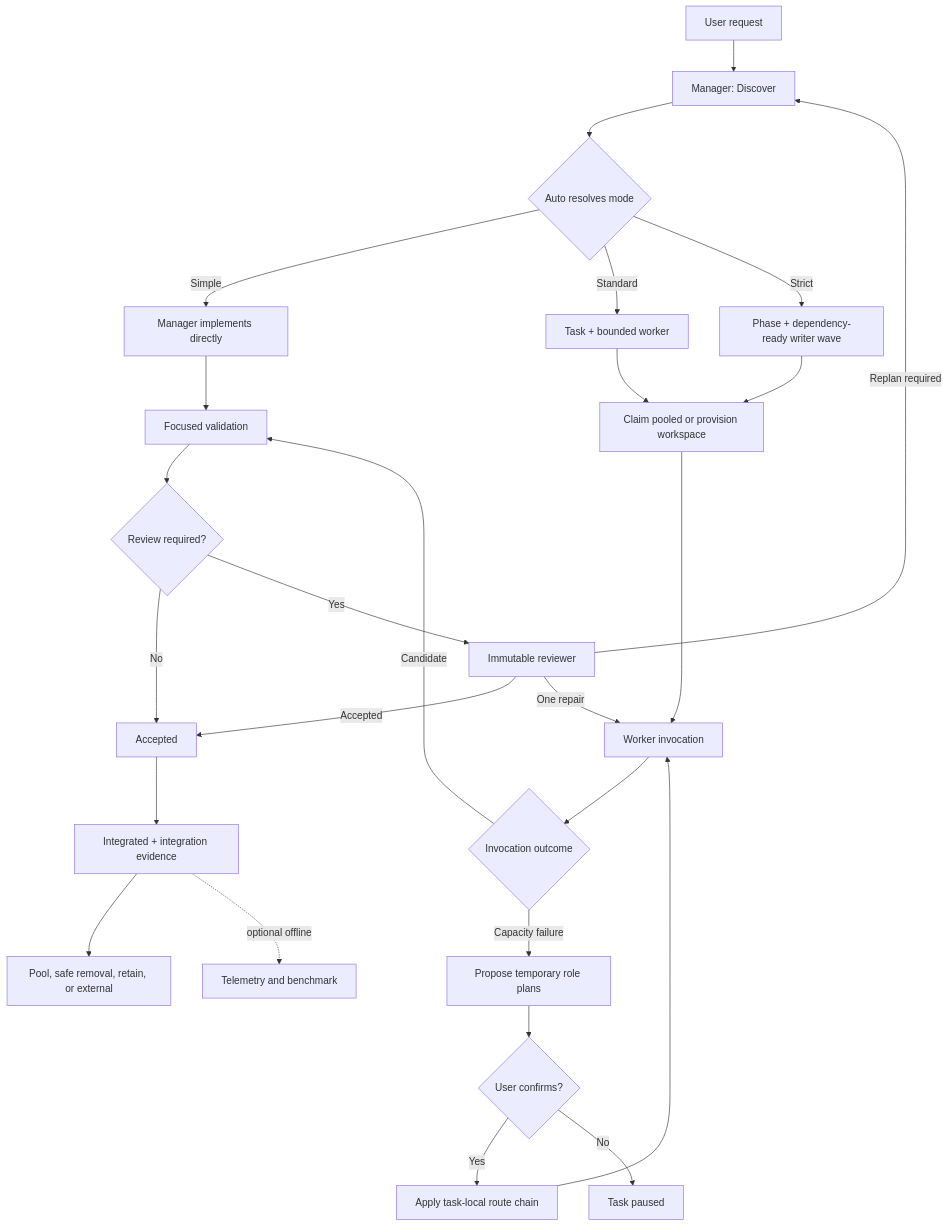
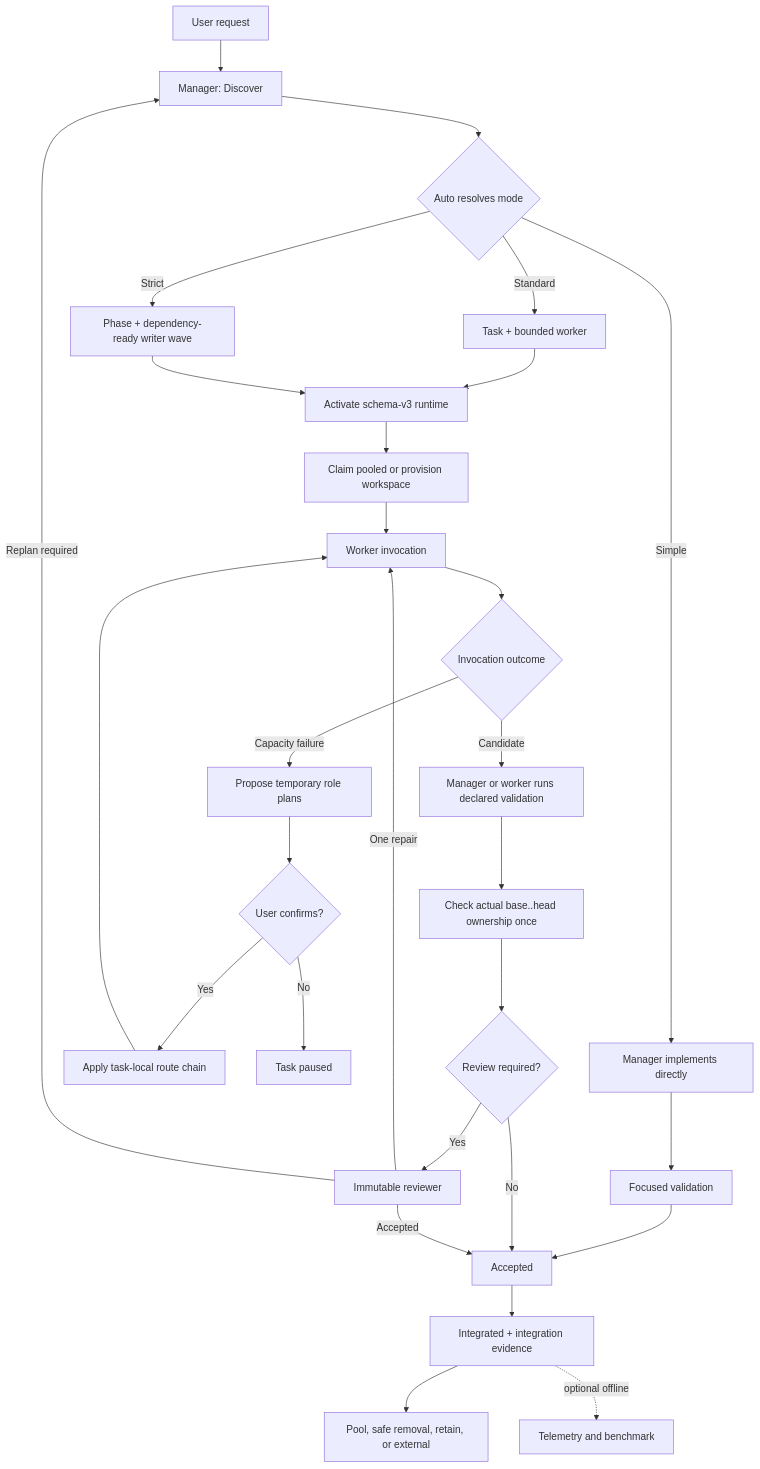
Before and after one commit to UnioGame/lemmings.ai: the diagram in README.md, drawn with Mermaid. The commit also changed other lines of this file and 19 other files, not shown here.

Commit message:
Release Lemmings 3.1 schema-v3 pipeline

````diff
--- a/README.md
+++ b/README.md
@@ -7,33 +7,36 @@
 ```mermaid
 flowchart TD
     U[User request] --> D[Manager: Discover]
     D --> A{Auto resolves mode}
 
     A -->|Simple| S[Manager implements directly]
     A -->|Standard| T[Task + bounded worker]
     A -->|Strict| P[Phase + dependency-ready writer wave]
 
-    S --> V[Focused validation]
-    T --> W[Claim pooled or provision workspace]
-    P --> W
+    S --> FV[Focused validation]
+    FV --> AC
+    T --> RT[Activate schema-v3 runtime]
+    P --> RT
+    RT --> W[Claim pooled or provision workspace]
     W --> I[Worker invocation]
     I --> O{Invocation outcome}
 
     O -->|Capacity failure| RP[Propose temporary role plans]
     RP --> C{User confirms?}
     C -->|Yes| TR[Apply task-local route chain]
     TR --> I
     C -->|No| PA[Task paused]
 
-    O -->|Candidate| V
-    V --> R{Review required?}
+    O -->|Candidate| V[Manager or worker runs declared validation]
+    V --> OW[Check actual base..head ownership once]
+    OW --> R{Review required?}
     R -->|No| AC[Accepted]
     R -->|Yes| IR[Immutable reviewer]
     IR -->|Accepted| AC
     IR -->|One repair| I
     IR -->|Replan required| D
 
     AC --> IN[Integrated + integration evidence]
     IN --> WS[Pool, safe removal, retain, or external]
     IN -. optional offline .-> TM[Telemetry and benchmark]
 ```
````
